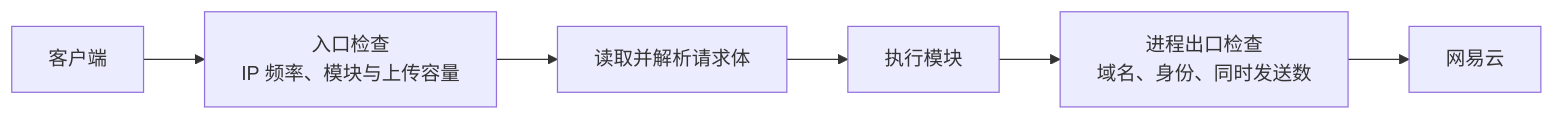
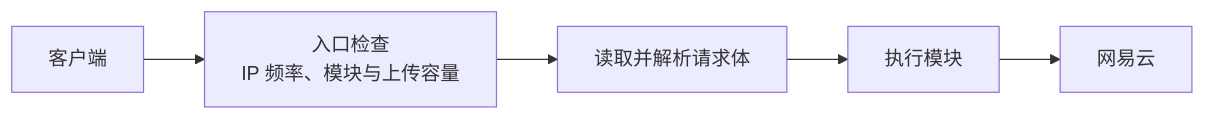
Before and after one commit to nonhana/hana-music-api: the diagram in docs/guide/server-deployment.md, drawn with Mermaid. The commit also changed other lines of this file and 52 other files, not shown here.

````diff
--- a/docs/guide/server-deployment.md
+++ b/docs/guide/server-deployment.md
@@ -79,8 +79,7 @@
 ```mermaid
 flowchart LR
   CLIENT["客户端"] --> INBOUND["入口检查<br/>IP 频率、模块与上传容量"]
   INBOUND --> BODY["读取并解析请求体"]
   BODY --> MODULE["执行模块"]
-  MODULE --> OUTBOUND["进程出口检查<br/>域名、身份、同时发送数"]
-  OUTBOUND --> NCM["网易云"]
+  MODULE --> NCM["网易云"]
 ```
````
